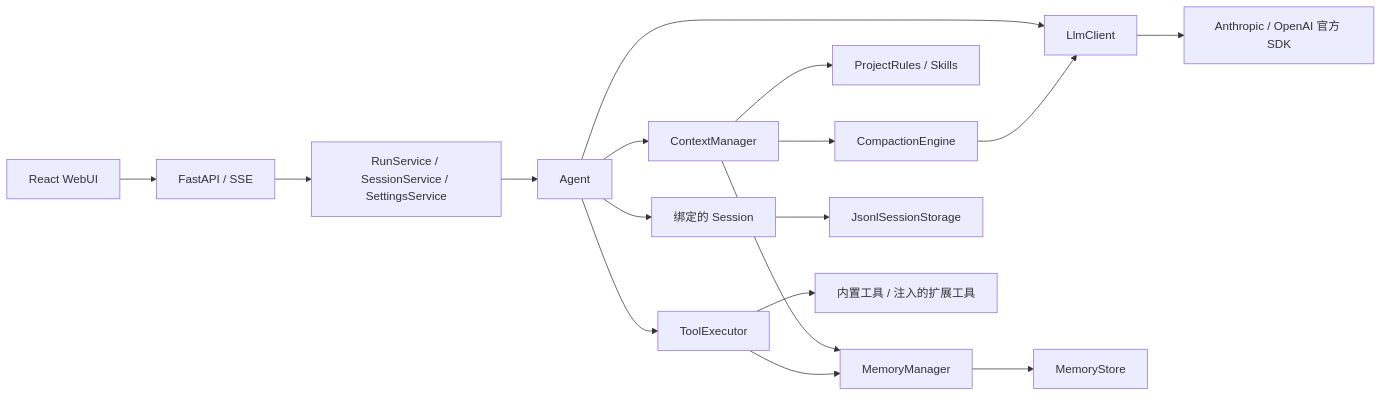
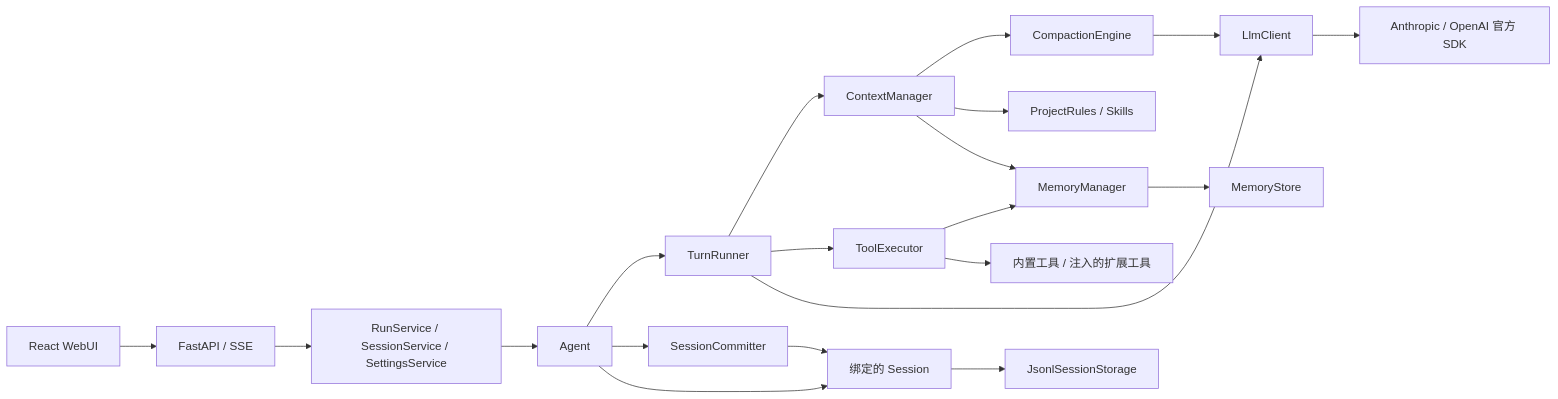
The diagram in docs/项目架构.md (Camelovee/Camel-Harness), drawn with Mermaid before and after one commit. The commit also changed other lines of this file and 8 other files, not shown here.

First line of the commit message:
refactor(agent): 抽出 TurnRunner 与 SessionCommitter

````diff
--- a/docs/项目架构.md
+++ b/docs/项目架构.md
@@ -43,19 +43,22 @@
 ```mermaid
 flowchart LR
     UI[React WebUI] --> API[FastAPI / SSE]
     API --> Services[RunService / SessionService / SettingsService]
     Services --> Agent[Agent]
-    Agent --> Context[ContextManager]
-    Agent --> Session[绑定的 Session]
-    Agent --> Tools[ToolExecutor]
-    Agent --> LLM[LlmClient]
+    Agent --> TurnRunner[TurnRunner]
+    Agent --> Committer[SessionCommitter]
+    TurnRunner --> Context[ContextManager]
+    TurnRunner --> Tools[ToolExecutor]
+    TurnRunner --> LLM[LlmClient]
+    Committer --> Session[绑定的 Session]
+    Agent --> Session
     Context --> Compaction[CompactionEngine]
     Compaction --> LLM
     Context --> Resources[ProjectRules / Skills]
     Context --> Memory[MemoryManager]
     Memory --> MemoryStore[MemoryStore]
     Tools --> Memory
     Session --> Storage[JsonlSessionStorage]
     Tools --> Providers[内置工具 / 注入的扩展工具]
     LLM --> SDK[Anthropic / OpenAI 官方 SDK]
 ```
````
